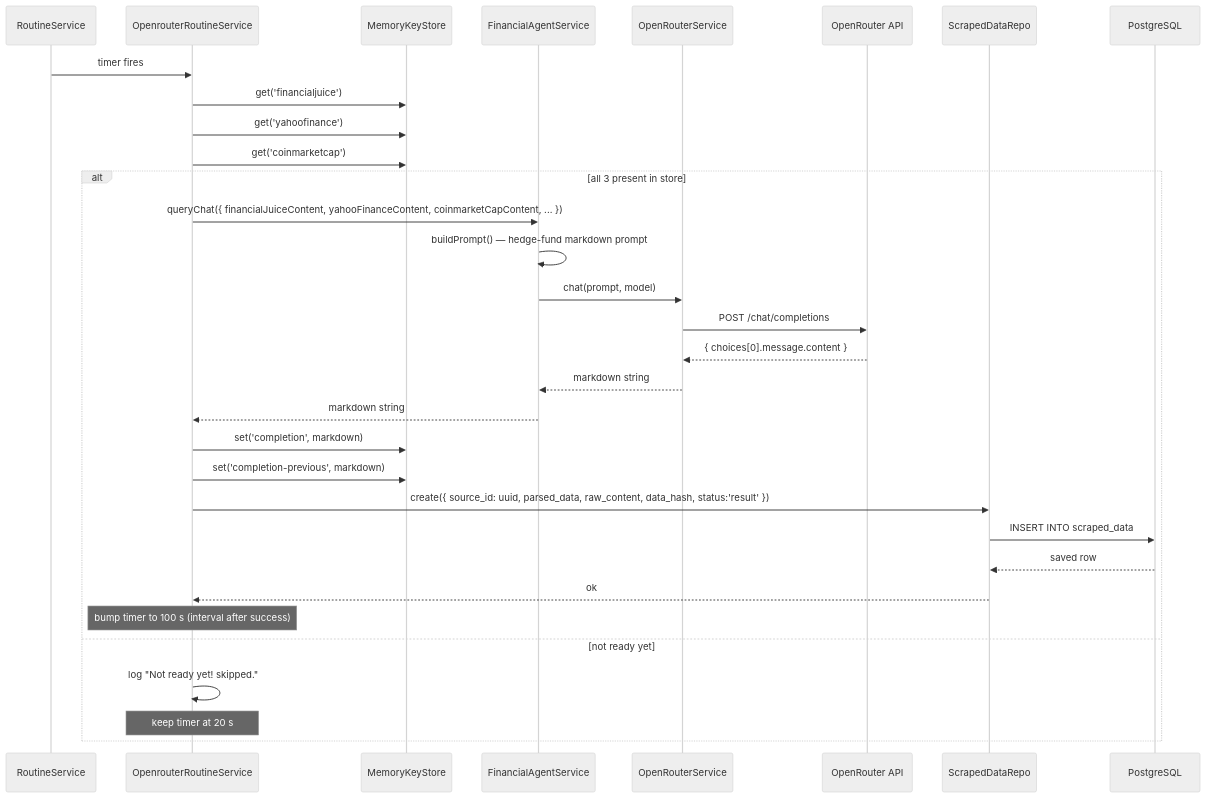
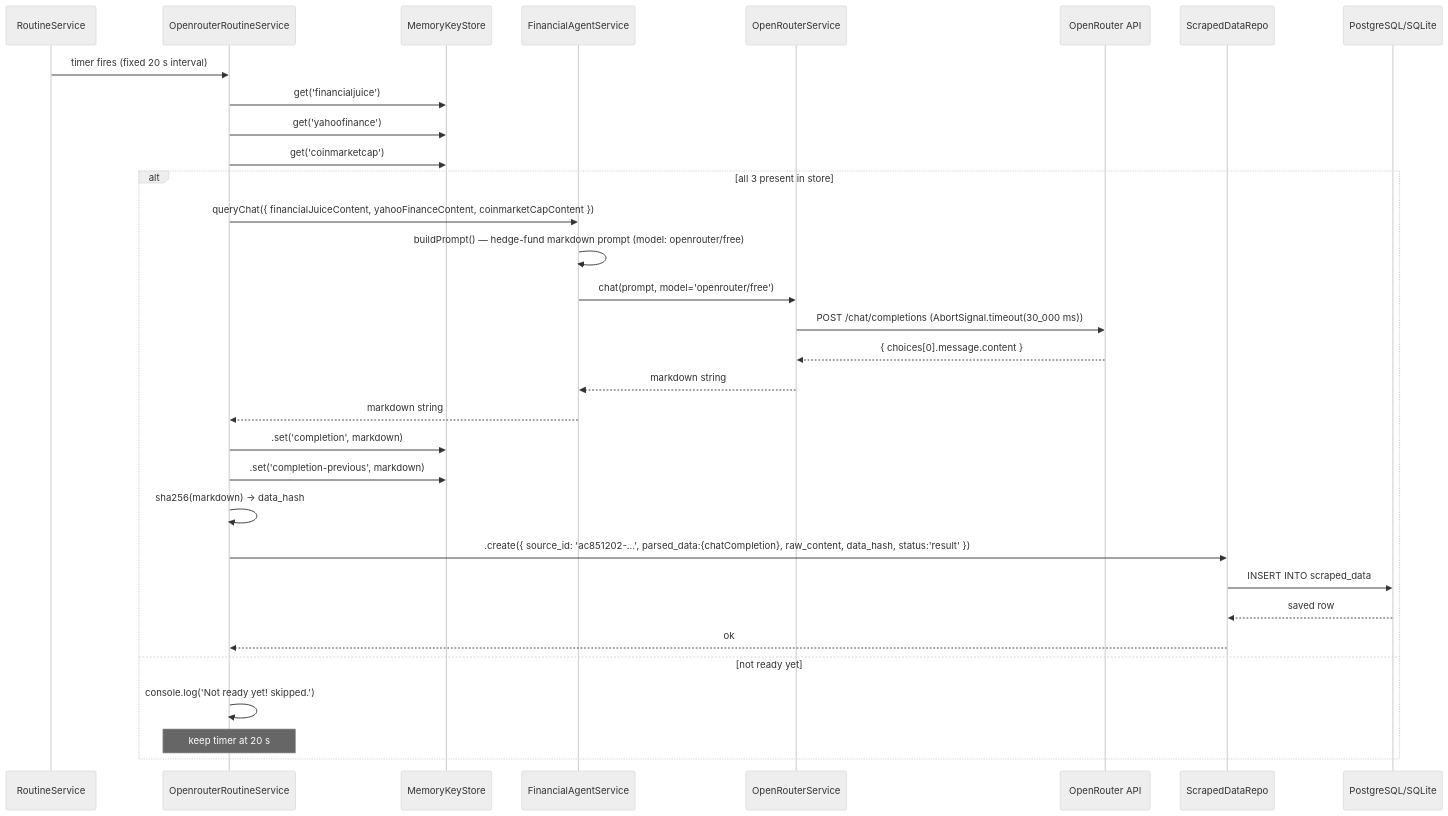
The third of 8 diagrams in DESIGN.md (GabrielTenma/apollo-bun), drawn with Mermaid (neutral theme) before and after one commit. The commit also changed other lines of this file and 6 other files, not shown here.

````diff
--- a/DESIGN.md
+++ b/DESIGN.md
@@ -192,40 +207,40 @@
 ```mermaid
 sequenceDiagram
     participant RS as RoutineService
     participant ORS as OpenrouterRoutineService
     participant Store as MemoryKeyStore
     participant FAS as FinancialAgentService
     participant OS as OpenRouterService
     participant API as OpenRouter API
     participant Repo as ScrapedDataRepo
-    participant DB as PostgreSQL
+    participant DB as PostgreSQL/SQLite
 
-    RS->>ORS: timer fires
-
+    RS->>ORS: timer fires (fixed 20 s interval)
     ORS->>Store: get('financialjuice')
     ORS->>Store: get('yahoofinance')
     ORS->>Store: get('coinmarketcap')
 
     alt all 3 present in store
-        ORS->>FAS: queryChat({ financialJuiceContent, yahooFinanceContent, coinmarketCapContent, ... })
-        FAS->>FAS: buildPrompt() — hedge-fund markdown prompt
-        FAS->>OS: chat(prompt, model)
-        OS->>API: POST /chat/completions
+        ORS->>FAS: queryChat({ financialJuiceContent, yahooFinanceContent, coinmarketCapContent })
+        FAS->>FAS: buildPrompt() — hedge-fund markdown prompt (model: openrouter/free)
+        FAS->>OS: chat(prompt, model='openrouter/free')
+        OS->>API: POST /chat/completions (AbortSignal.timeout(30_000 ms))
         API-->>OS: { choices[0].message.content }
         OS-->>FAS: markdown string
         FAS-->>ORS: markdown string
 
-        ORS->>Store: set('completion', markdown)
-        ORS->>Store: set('completion-previous', markdown)
+        %% Persist to in-memory store (no TTL)
+        ORS->>Store: .set('completion', markdown)
+        ORS->>Store: .set('completion-previous', markdown)
 
-        ORS->>Repo: create({ source_id: uuid, parsed_data, raw_content, data_hash, status:'result' })
+        %% Persist to DB (hardcoded openrouter UUID, status='result')
+        ORS->>ORS: sha256(markdown) → data_hash
+        ORS->>Repo: .create({ source_id: 'ac851202-…', parsed_data:{chatCompletion}, raw_content, data_hash, status:'result' })
         Repo->>DB: INSERT INTO scraped_data
         DB-->>Repo: saved row
         Repo-->>ORS: ok
-
-        Note over ORS: bump timer to 100 s (interval after success)
     else not ready yet
-        ORS->>ORS: log "Not ready yet! skipped."
+        ORS->>ORS: console.log('Not ready yet! skipped.')
         Note over ORS: keep timer at 20 s
     end
 ```
````
